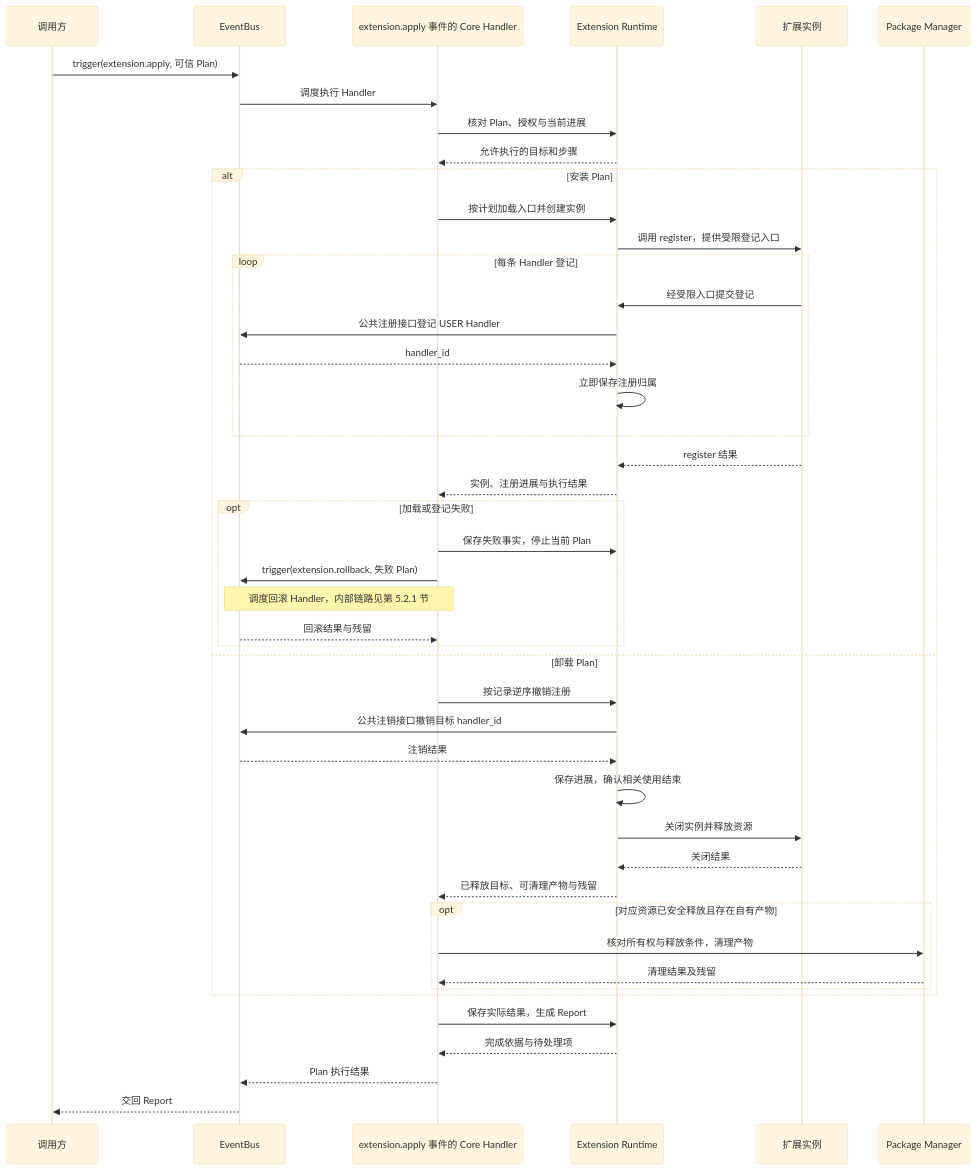
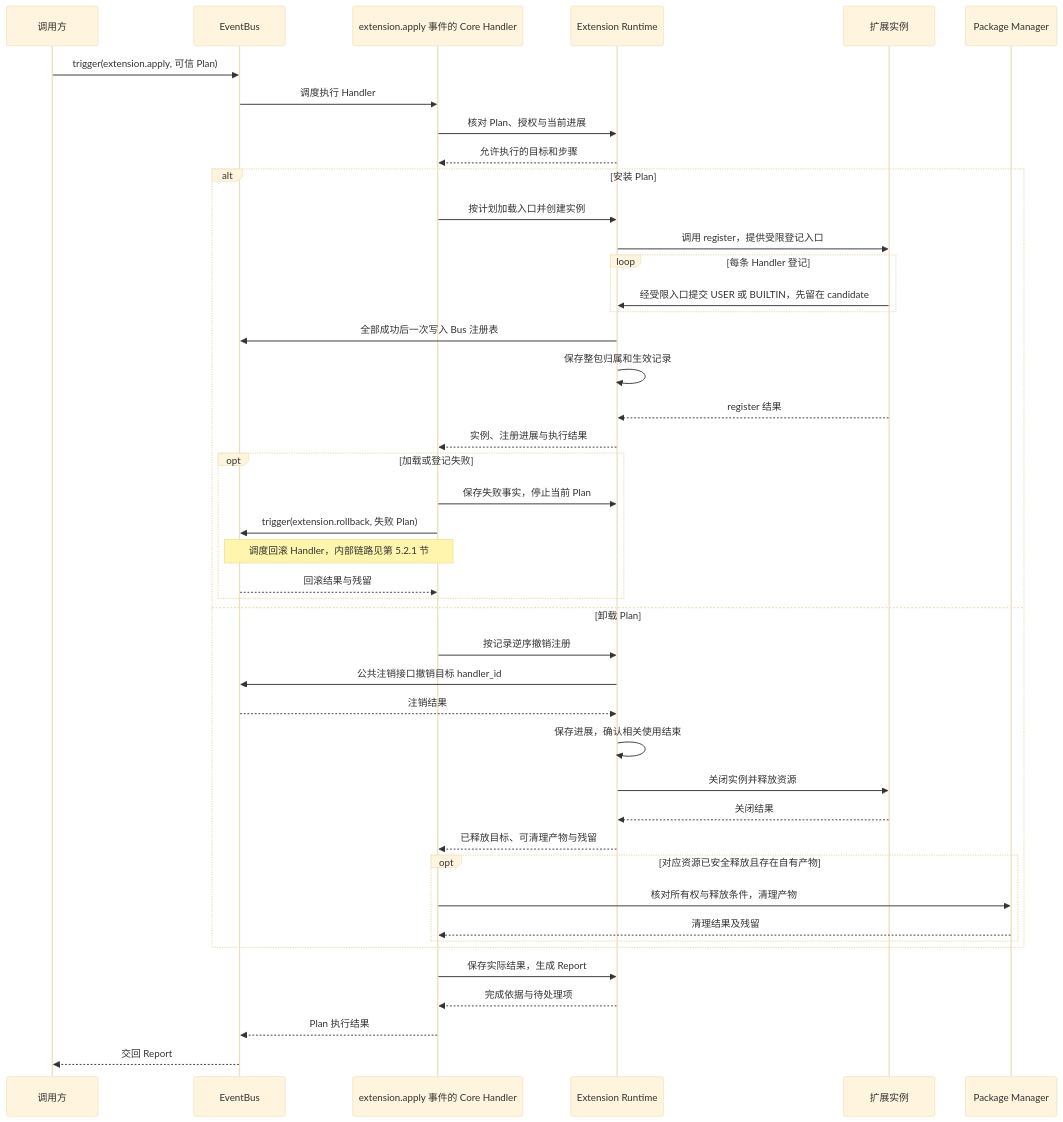
Before and after one commit to openJiuwen-ai/agent-core: the ninth of 10 diagrams in openjiuwen/core/extension/docs/designs/extension-architecture.md, drawn with Mermaid (base theme). The commit also changed other lines of this file and 28 other files, not shown here.

````diff
--- a/openjiuwen/core/extension/docs/designs/extension-architecture.md
+++ b/openjiuwen/core/extension/docs/designs/extension-architecture.md
@@ -767,47 +726,46 @@
 ```mermaid
 sequenceDiagram
     participant H as 调用方
     participant B as EventBus
     participant C as extension.apply 事件的 Core Handler
     participant R as Extension Runtime
     participant E as 扩展实例
     participant P as Package Manager
     H->>B: trigger(extension.apply, 可信 Plan)
     B->>C: 调度执行 Handler
     C->>R: 核对 Plan、授权与当前进展
     R-->>C: 允许执行的目标和步骤
     alt 安装 Plan
         C->>R: 按计划加载入口并创建实例
         R->>E: 调用 register，提供受限登记入口
         loop 每条 Handler 登记
-            E->>R: 经受限入口提交登记
-            R->>B: 公共注册接口登记 USER Handler
-            B-->>R: handler_id
-            R->>R: 立即保存注册归属
+            E->>R: 经受限入口提交 USER 或 BUILTIN，先留在 candidate
         end
+        R->>B: 全部成功后一次写入 Bus 注册表
+        R->>R: 保存整包归属和生效记录
         E-->>R: register 结果
         R-->>C: 实例、注册进展与执行结果
         opt 加载或登记失败
             C->>R: 保存失败事实，停止当前 Plan
             C->>B: trigger(extension.rollback, 失败 Plan)
             Note over B,C: 调度回滚 Handler，内部链路见第 5.2.1 节
             B-->>C: 回滚结果与残留
         end
     else 卸载 Plan
         C->>R: 按记录逆序撤销注册
         R->>B: 公共注销接口撤销目标 handler_id
         B-->>R: 注销结果
         R->>R: 保存进展，确认相关使用结束
         R->>E: 关闭实例并释放资源
         E-->>R: 关闭结果
         R-->>C: 已释放目标、可清理产物与残留
         opt 对应资源已安全释放且存在自有产物
             C->>P: 核对所有权与释放条件，清理产物
             P-->>C: 清理结果及残留
         end
     end
     C->>R: 保存实际结果，生成 Report
     R-->>C: 完成依据与待处理项
     C-->>B: Plan 执行结果
     B-->>H: 交回 Report
 ```
````
